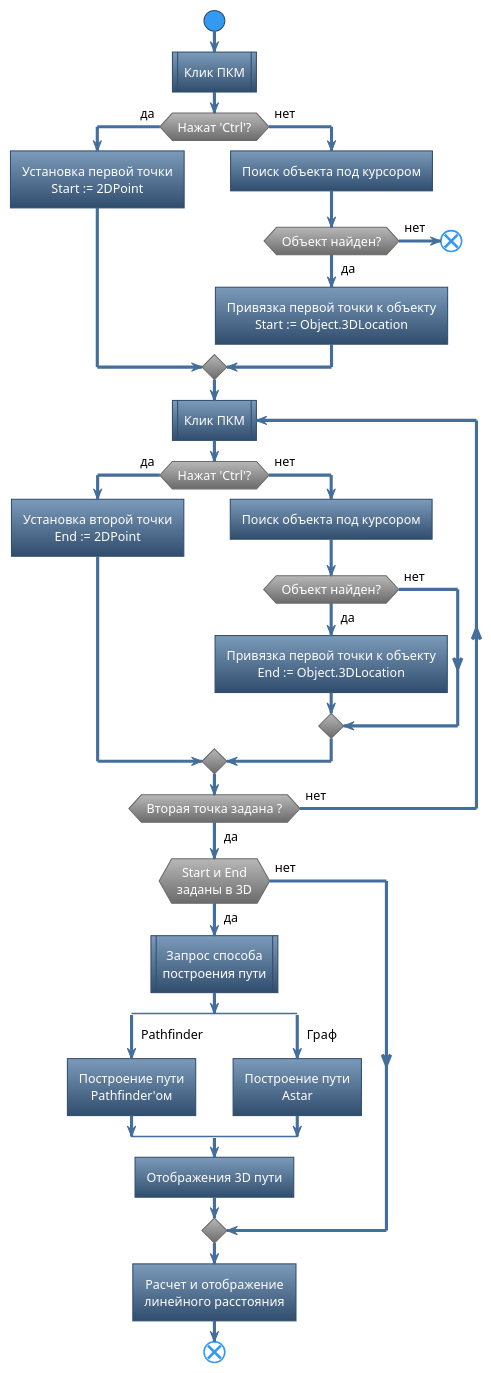
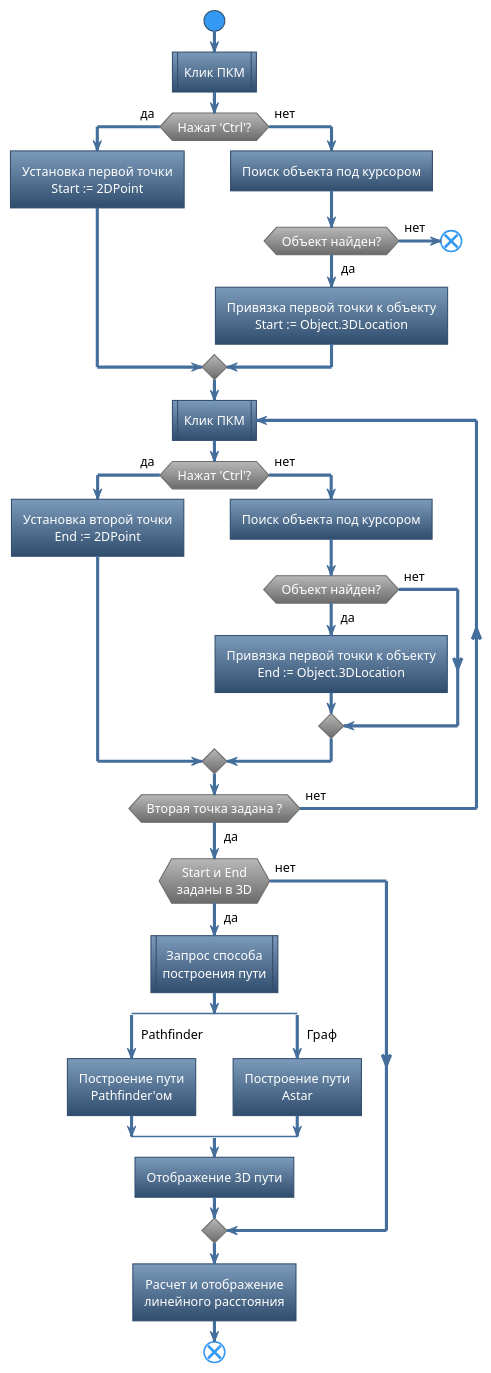
Before and after one commit to qpAHTA3EP/EntityToolsDocs: the diagram in Patches/Mapper/diagrams/DistanceMeasurement-RU.puml, drawn with PlantUML. The commit also changed 2 other files, not shown here.

Commit message:
Поправил диаграмму Mapper-DistanceMeasurement

```diff
--- a/Patches/Mapper/diagrams/DistanceMeasurement-RU.puml
+++ b/Patches/Mapper/diagrams/DistanceMeasurement-RU.puml
@@ -1,45 +1,45 @@
 @startuml
 !theme spacelab
 skinparam DefaultTextAlignment center
 
 start
 :Клик ПКМ|
 if (Нажат 'Ctrl'?) then (<color:black>да)
     :Установка первой точки\nStart := 2DPoint]
 else (<color:black>нет)
     :Поиск объекта под курсором]
     if(Объект найден?) then (<color:black>да)
         :Привязка первой точки к объекту\nStart := Object.3DLocation]
     else (<color:black>нет)
         end
     endif
 endif
 repeat :Клик ПКМ|
 if (Нажат 'Ctrl'?) then (<color:black>да)
     :Установка второй точки\nEnd := 2DPoint]
 else (<color:black>нет)
     :Поиск объекта под курсором]
     if (Объект найден?) then (<color:black>да)
         :Привязка первой точки к объекту\nEnd := Object.3DLocation]
     else (<color:black>нет)
     endif
 endif
 repeat while(Вторая точка задана ?) is(<color:black>нет) not(<color:black>да)
 
 if (Start и End\nзаданы в 3D) then (<color:black>да)
     :Запрос способа\nпостроения пути|
     split
         -> <color:black>Pathfinder;
         :Построение пути\nPathfinder'ом]        
     split again
         -> <color:black>Граф;
         :Построение пути\nAstar]
     end split
-    :Отображения 3D пути]
+    :Отображение 3D пути]
 else (<color:black>нет)
 endif
 :Расчет и отображение
 линейного расстояния]
 end
 
 @enduml
```
